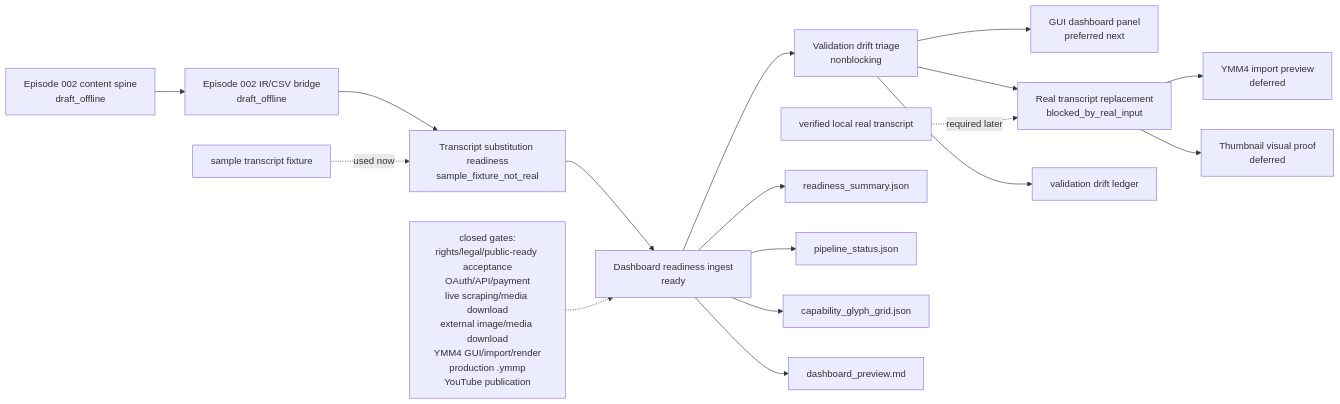
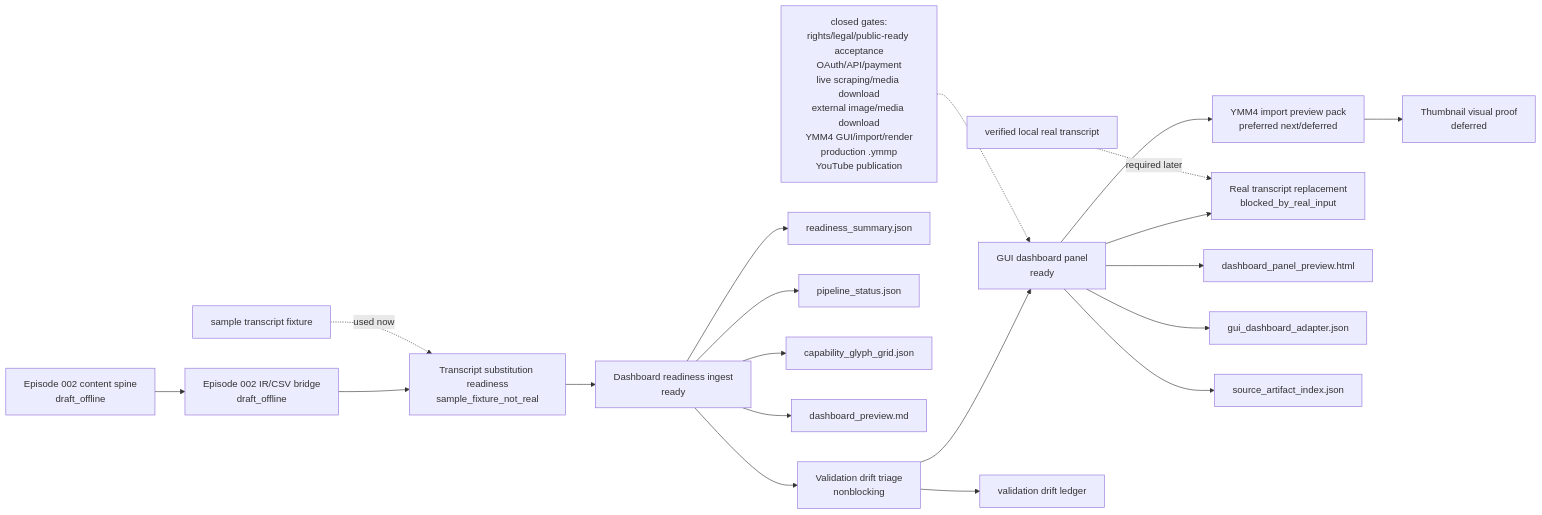
One commit to YuShimoji/NLMYTGen changed the diagram in docs/PROJECT_PIPELINE.mmd. Above: the diagram before and after it, drawn with Mermaid. The commit also changed 16 other files, not shown here.

Commit message:
feat: add content spine 002 gui dashboard panel

```diff
--- a/docs/PROJECT_PIPELINE.mmd
+++ b/docs/PROJECT_PIPELINE.mmd
@@ -1,20 +1,23 @@
 flowchart LR
     A["Episode 002 content spine<br/>draft_offline"] --> B["Episode 002 IR/CSV bridge<br/>draft_offline"]
     B --> C["Transcript substitution readiness<br/>sample_fixture_not_real"]
     C --> D["Dashboard readiness ingest<br/>ready"]
     D --> T["Validation drift triage<br/>nonblocking"]
-    T --> P["GUI dashboard panel<br/>preferred next"]
-    T --> E["Real transcript replacement<br/>blocked_by_real_input"]
-    E --> F["YMM4 import preview<br/>deferred"]
-    E --> G["Thumbnail visual proof<br/>deferred"]
+    T --> P["GUI dashboard panel<br/>ready"]
+    P --> F["YMM4 import preview pack<br/>preferred next/deferred"]
+    F --> G["Thumbnail visual proof<br/>deferred"]
+    P --> E["Real transcript replacement<br/>blocked_by_real_input"]
 
     H["sample transcript fixture"] -. "used now" .-> C
     I["verified local real transcript"] -. "required later" .-> E
 
     T --> O["validation drift ledger"]
     D --> J["readiness_summary.json"]
     D --> K["pipeline_status.json"]
     D --> L["capability_glyph_grid.json"]
     D --> M["dashboard_preview.md"]
+    P --> Q["dashboard_panel_preview.html"]
+    P --> R["gui_dashboard_adapter.json"]
+    P --> S["source_artifact_index.json"]
 
-    N["closed gates:<br/>rights/legal/public-ready acceptance<br/>OAuth/API/payment<br/>live scraping/media download<br/>external image/media download<br/>YMM4 GUI/import/render<br/>production .ymmp<br/>YouTube publication"] -.-> D
+    N["closed gates:<br/>rights/legal/public-ready acceptance<br/>OAuth/API/payment<br/>live scraping/media download<br/>external image/media download<br/>YMM4 GUI/import/render<br/>production .ymmp<br/>YouTube publication"] -.-> P
```
